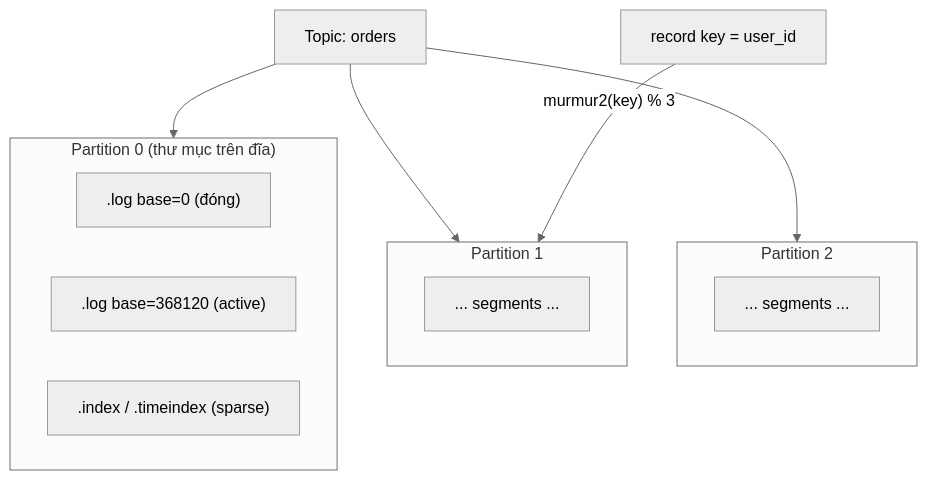
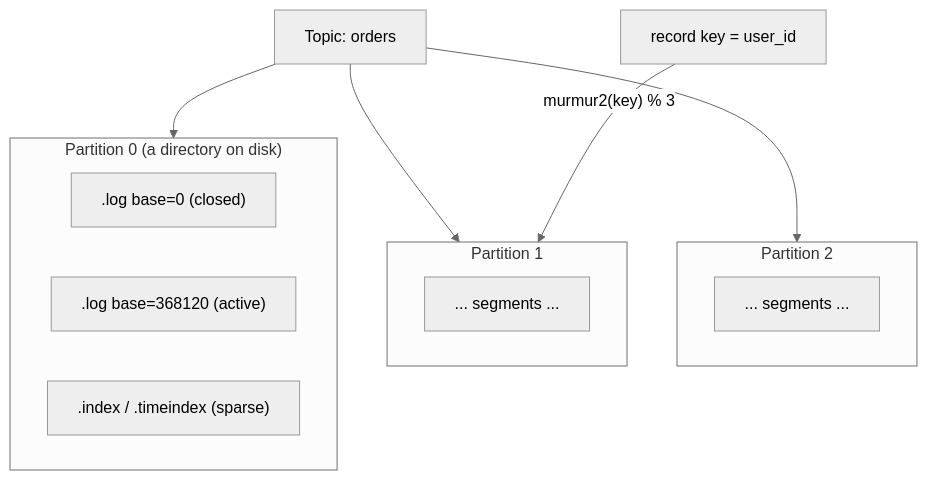
Before and after one commit to vuhoang001/knowledge: the diagram in i18n/en/docusaurus-plugin-content-docs/current/etl/kafka/reference/topic-partition-offset.md, drawn with Mermaid (neutral theme). The commit also changed other lines of this file and 21 other files, not shown here.

````diff
--- a/i18n/en/docusaurus-plugin-content-docs/current/etl/kafka/reference/topic-partition-offset.md
+++ b/i18n/en/docusaurus-plugin-content-docs/current/etl/kafka/reference/topic-partition-offset.md
@@ -143,20 +142,20 @@
 ```mermaid
 flowchart TD
   T["Topic: orders"] --> P0
   T --> P1
   T --> P2
 
-  subgraph P0["Partition 0 (thư mục trên đĩa)"]
-    P0S0[".log base=0 (đóng)"]
+  subgraph P0["Partition 0 (a directory on disk)"]
+    P0S0[".log base=0 (closed)"]
     P0S1[".log base=368120 (active)"]
     P0IDX[".index / .timeindex (sparse)"]
   end
   subgraph P1["Partition 1"]
     P1S0["... segments ..."]
   end
   subgraph P2["Partition 2"]
     P2S0["... segments ..."]
   end
 
   K["record key = user_id"] -->|"murmur2(key) % 3"| P1
 ```
````
